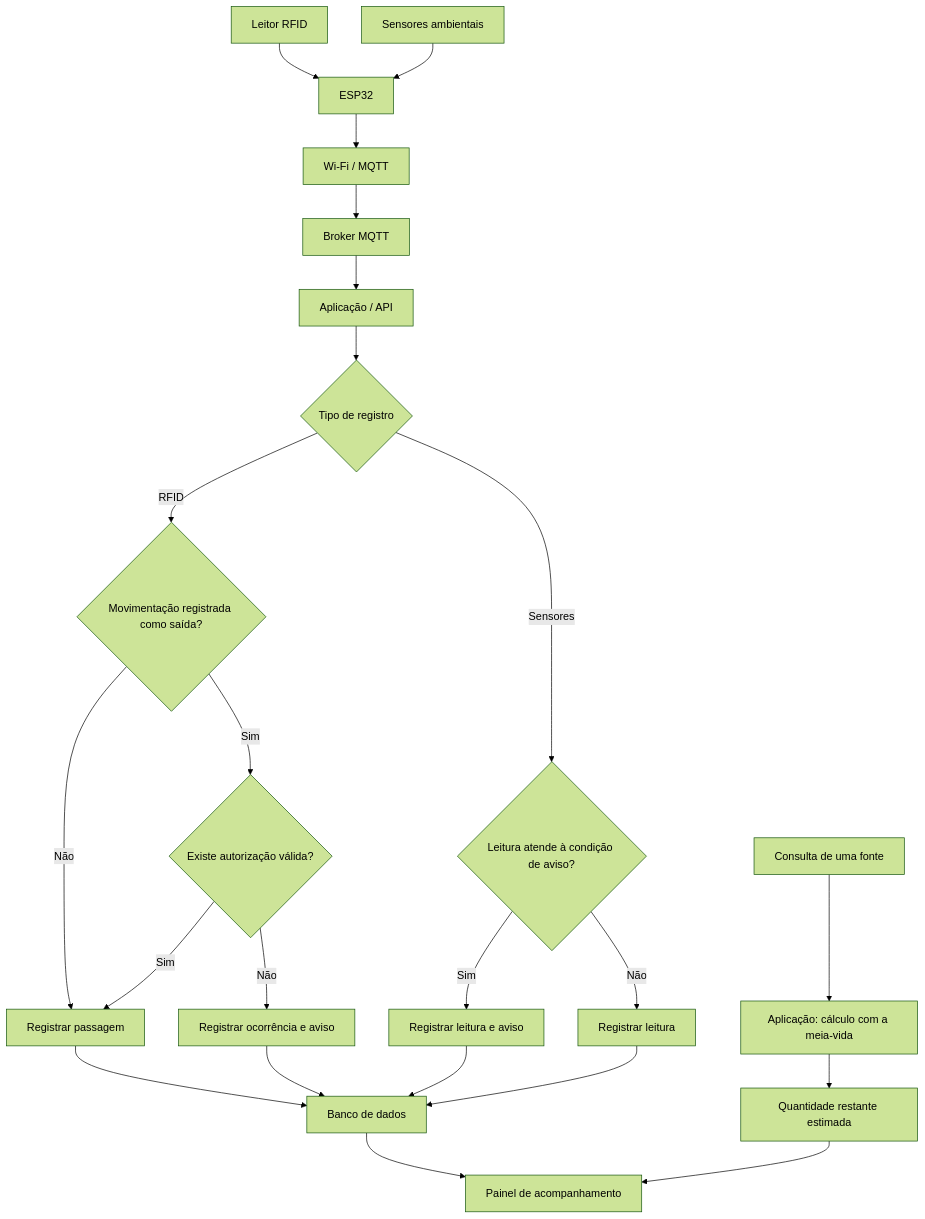
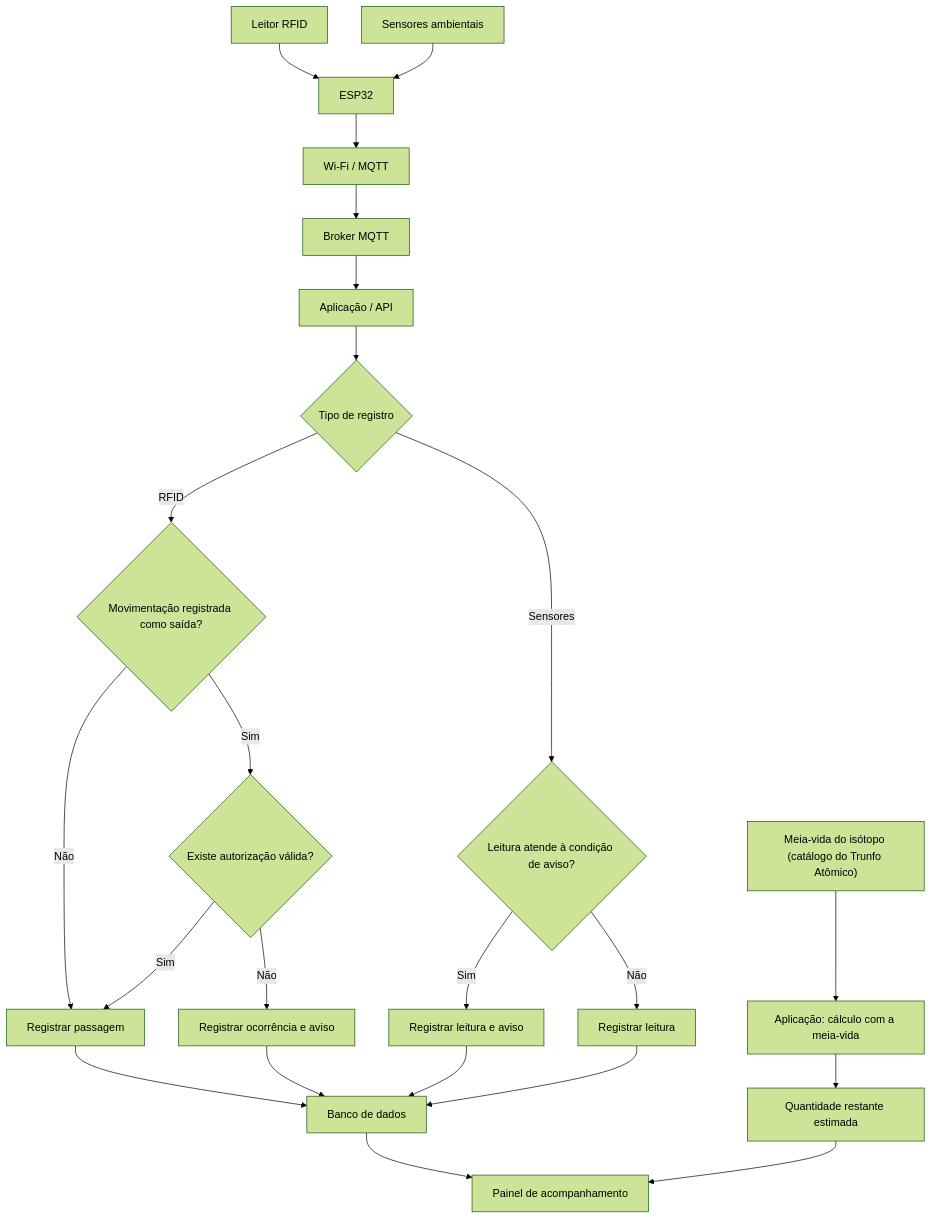
Before and after one commit to guidabuul/Trunfo-Atomico-IoT: the diagram in diagramas/fluxo-de-informacoes.md, drawn with Mermaid (forest theme). The commit also changed other lines of this file and 7 other files, not shown here.

````diff
--- a/diagramas/fluxo-de-informacoes.md
+++ b/diagramas/fluxo-de-informacoes.md
@@ -7,29 +7,29 @@
 ```mermaid
 flowchart TD
     A["Leitor RFID"] --> C["ESP32"]
     B["Sensores ambientais"] --> C
     C --> D["Wi-Fi / MQTT"]
     D --> E["Broker MQTT"]
     E --> F["Aplicação / API"]
     F --> G{"Tipo de registro"}
 
     G -->|RFID| H{"Movimentação registrada como saída?"}
     H -->|Sim| I{"Existe autorização válida?"}
     H -->|Não| J["Registrar passagem"]
     I -->|Sim| J
     I -->|Não| K["Registrar ocorrência e aviso"]
 
     G -->|Sensores| L{"Leitura atende à condição de aviso?"}
     L -->|Sim| M["Registrar leitura e aviso"]
     L -->|Não| N["Registrar leitura"]
 
     J --> O["Banco de dados"]
     K --> O
     M --> O
     N --> O
     O --> P["Painel de acompanhamento"]
 
-    Q["Consulta de uma fonte"] --> R["Aplicação: cálculo com a meia-vida"]
+    Q["Meia-vida do isótopo (catálogo do Trunfo Atômico)"] --> R["Aplicação: cálculo com a meia-vida"]
     R --> S["Quantidade restante estimada"]
     S --> P
 ```
````
